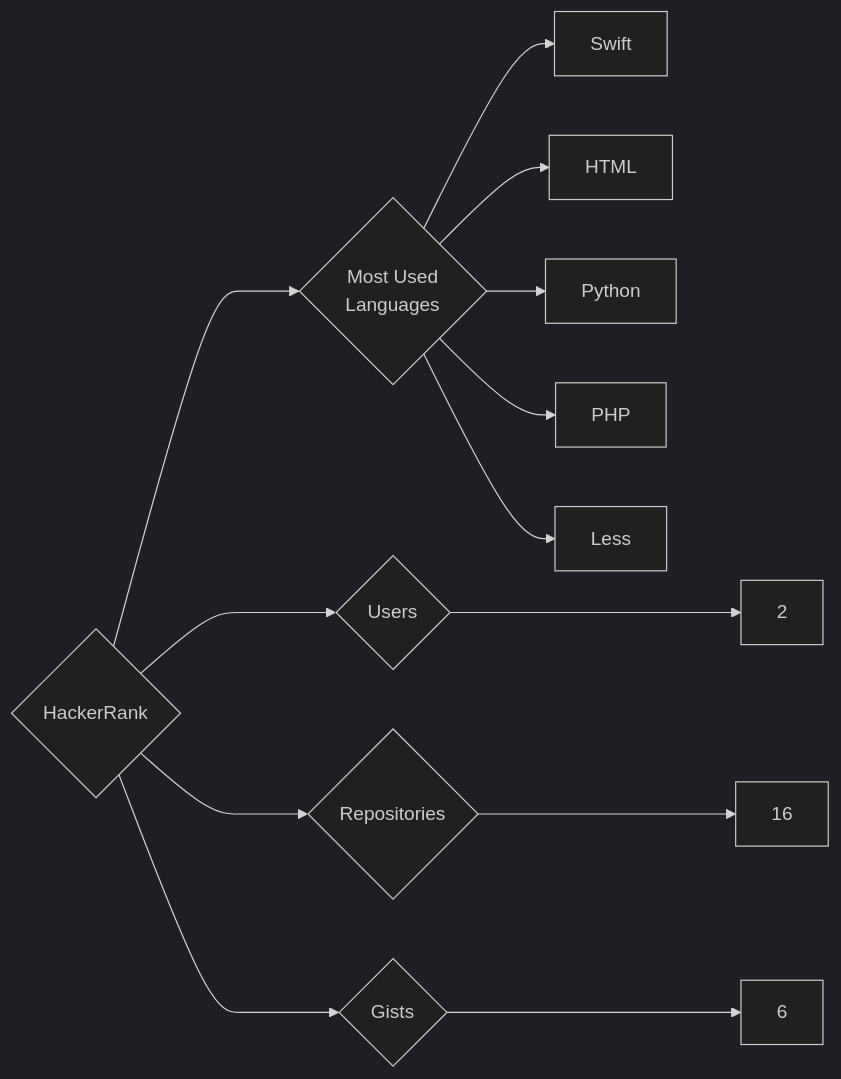
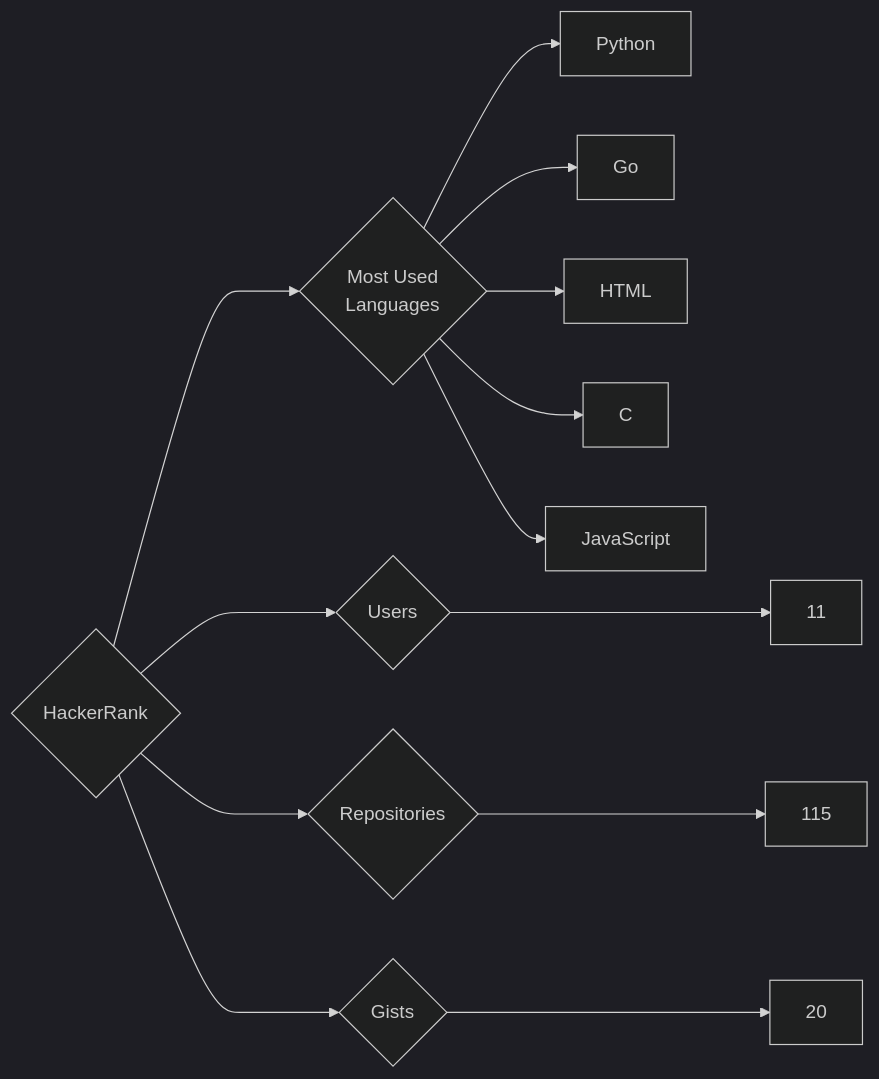
One commit to trickest/insiders changed the diagram in targets/HackerRank/README.md. Above: the diagram before and after it, drawn with Mermaid (dark theme). The commit also changed 1167 other files, not shown here.

````diff
--- a/targets/HackerRank/README.md
+++ b/targets/HackerRank/README.md
@@ -3,13 +3,13 @@
 ```mermaid
 graph LR
 COMPANY_NAME{HackerRank}
-COMPANY_NAME ---> U{Users} ---> UN[2]
-COMPANY_NAME ---> R{Repositories} ---> RN[16]
-COMPANY_NAME ---> G{Gists} ---> GN[6]
+COMPANY_NAME ---> U{Users} ---> UN[11]
+COMPANY_NAME ---> R{Repositories} ---> RN[115]
+COMPANY_NAME ---> G{Gists} ---> GN[20]
 COMPANY_NAME ---> ML{Most Used<br>Languages}
-ML --> Swift[Swift]
+ML --> Python[Python]
+ML --> Go[Go]
 ML --> HTML[HTML]
-ML --> Python[Python]
-ML --> PHP[PHP]
-ML --> Less[Less]
+ML --> C[C]
+ML --> JavaScript[JavaScript]
 ```
````
